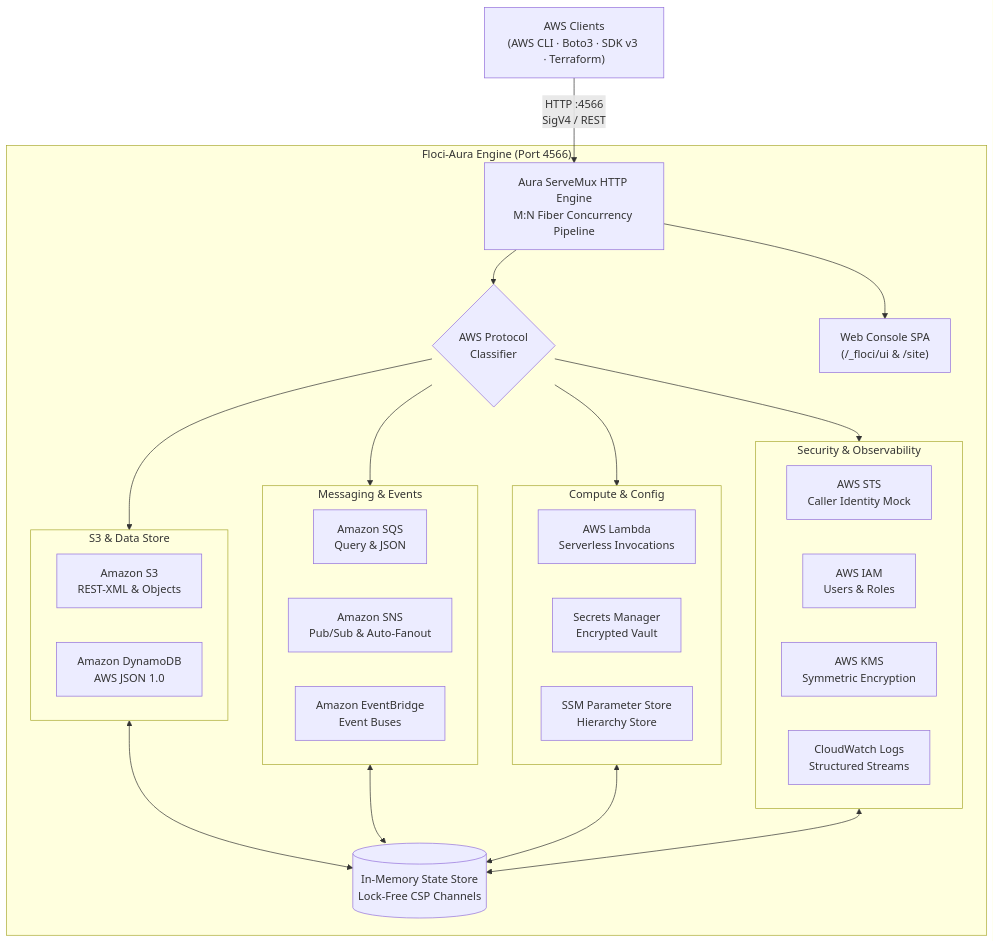
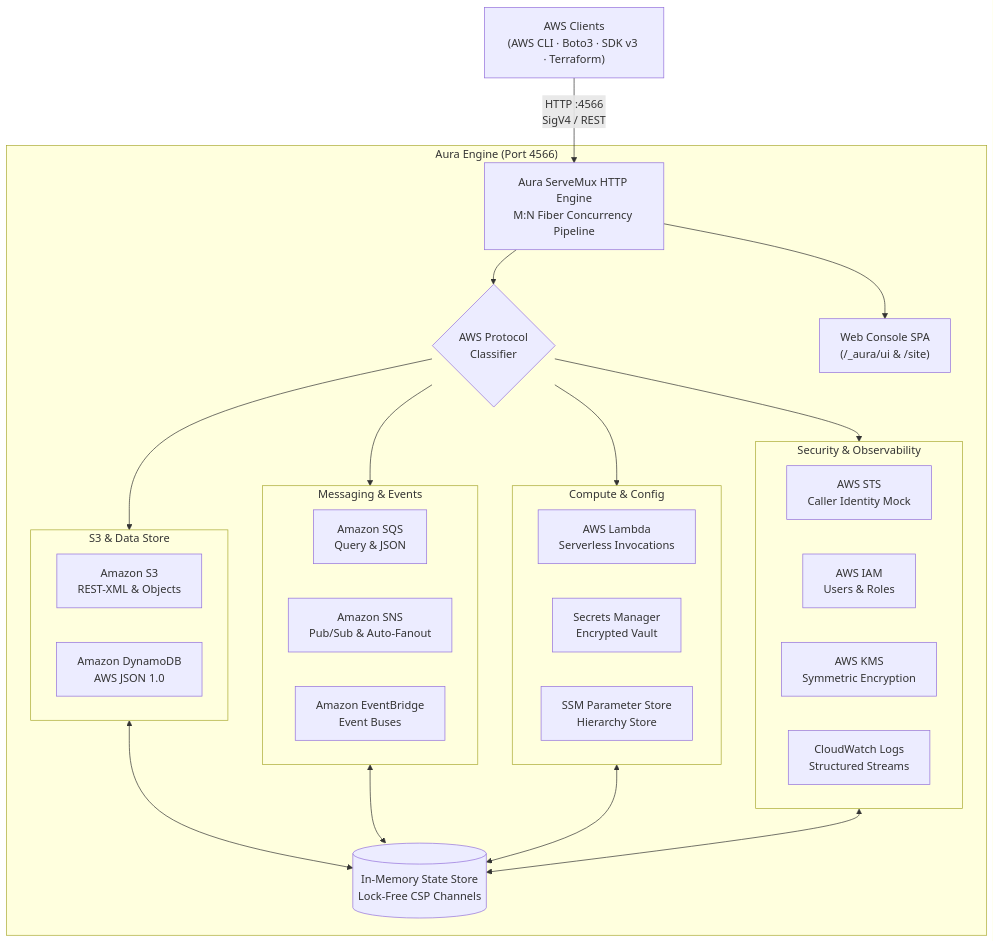
The diagram in README.md (aura-lang-developer/aura-aws), drawn with Mermaid before and after one commit. The commit also changed other lines of this file and 34 other files, not shown here.

````diff
--- a/README.md
+++ b/README.md
@@ -73,46 +73,46 @@
 ```mermaid
 flowchart TD
     Client["AWS Clients\n(AWS CLI · Boto3 · SDK v3 · Terraform)"]
 
-    subgraph FlociAura ["Floci-Aura Engine (Port 4566)"]
+    subgraph AuraEngine ["Aura Engine (Port 4566)"]
         ServeMux["Aura ServeMux HTTP Engine\nM:N Fiber Concurrency Pipeline"]
         
         Classifier{"AWS Protocol\nClassifier"}
         
         subgraph StorageLayer ["S3 & Data Store"]
             S3["Amazon S3\nREST-XML & Objects"]
             Dynamo["Amazon DynamoDB\nAWS JSON 1.0"]
         end
 
         subgraph MessagingLayer ["Messaging & Events"]
             SQS["Amazon SQS\nQuery & JSON"]
             SNS["Amazon SNS\nPub/Sub & Auto-Fanout"]
             Events["Amazon EventBridge\nEvent Buses"]
         end
 
         subgraph ComputeLayer ["Compute & Config"]
             Lambda["AWS Lambda\nServerless Invocations"]
             Secrets["Secrets Manager\nEncrypted Vault"]
             SSM["SSM Parameter Store\nHierarchy Store"]
         end
 
         subgraph SecurityLayer ["Security & Observability"]
             STS["AWS STS\nCaller Identity Mock"]
             IAM["AWS IAM\nUsers & Roles"]
             KMS["AWS KMS\nSymmetric Encryption"]
             Logs["CloudWatch Logs\nStructured Streams"]
         end
 
-        Console["Web Console SPA\n(/_floci/ui & /site)"]
+        Console["Web Console SPA\n(/_aura/ui & /site)"]
         Store[("In-Memory State Store\nLock-Free CSP Channels")]
     end
 
     Client -->|"HTTP :4566\nSigV4 / REST"| ServeMux
     ServeMux --> Classifier
     Classifier --> StorageLayer
     Classifier --> MessagingLayer
     Classifier --> ComputeLayer
     Classifier --> SecurityLayer
     ServeMux --> Console
     StorageLayer & MessagingLayer & ComputeLayer & SecurityLayer <--> Store
 ```
````
